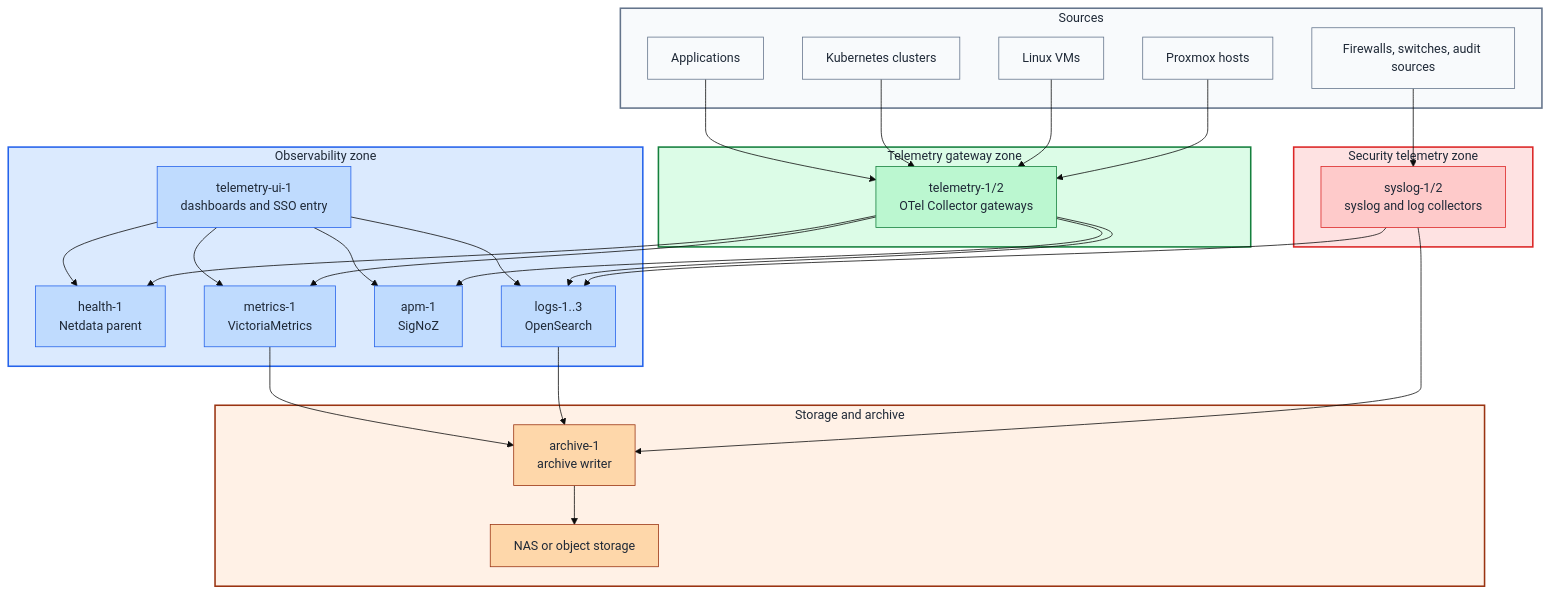
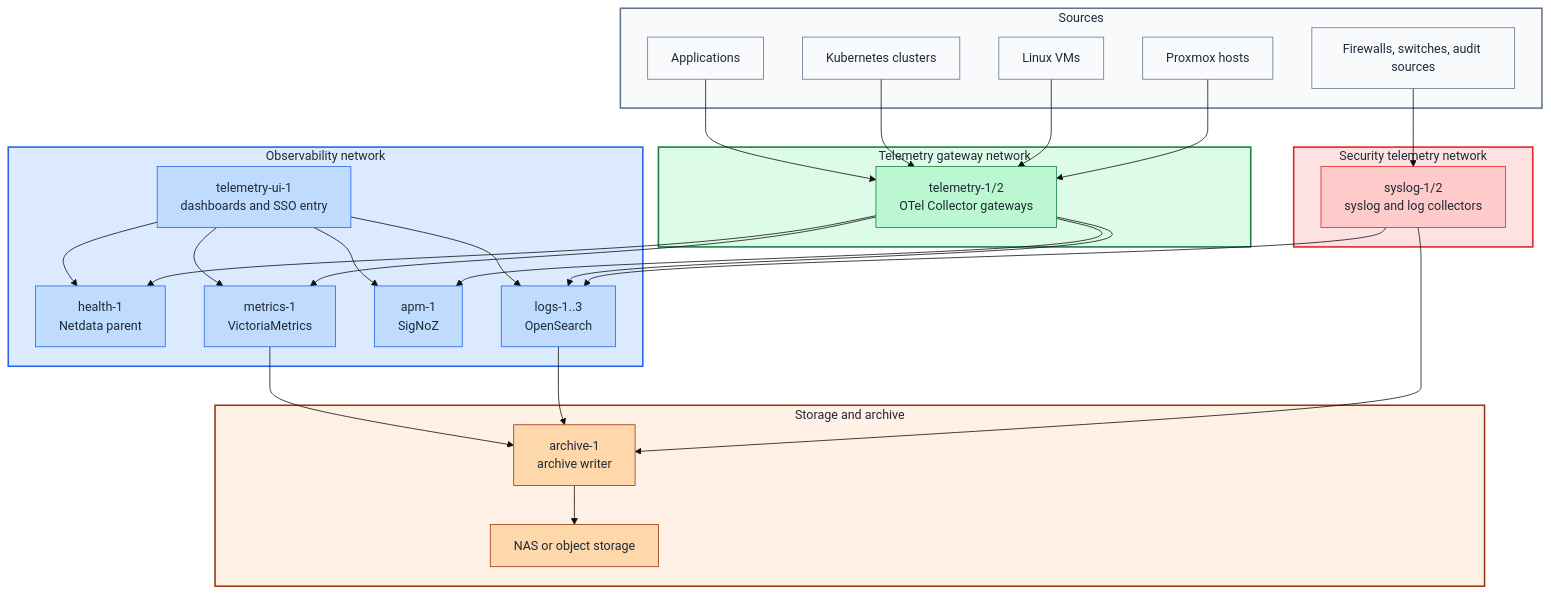
Before and after one commit to Rexus/homelab: the diagram in docs/paths/system-control/observability.md, drawn with Mermaid (base theme). The commit also changed other lines of this file and 188 other files, not shown here.

````diff
--- a/docs/paths/system-control/observability.md
+++ b/docs/paths/system-control/observability.md
@@ -54,68 +58,68 @@
 ```mermaid
 flowchart TB
   subgraph Sources["Sources"]
     Proxmox[Proxmox hosts]
     Linux[Linux VMs]
     K8s[Kubernetes clusters]
     Security[Firewalls, switches, audit sources]
     Apps[Applications]
   end
 
-  subgraph Gateway["Telemetry gateway zone"]
+  subgraph Gateway["Telemetry gateway network"]
     OTel[telemetry-1/2<br/>OTel Collector gateways]
   end
 
-  subgraph SecGateway["Security telemetry zone"]
+  subgraph SecGateway["Security telemetry network"]
     Syslog[syslog-1/2<br/>syslog and log collectors]
   end
 
-  subgraph Obs["Observability zone"]
+  subgraph Obs["Observability network"]
     Health[health-1<br/>Netdata parent]
     Metrics[metrics-1<br/>VictoriaMetrics]
     APM[apm-1<br/>SigNoZ]
     Logs[logs-1..3<br/>OpenSearch]
     UI[telemetry-ui-1<br/>dashboards and SSO entry]
   end
 
   subgraph Storage["Storage and archive"]
     Archive[archive-1<br/>archive writer]
     NAS[NAS or object storage]
   end
 
   Proxmox --> OTel
   Linux --> OTel
   K8s --> OTel
   Apps --> OTel
   Security --> Syslog
   Syslog --> Logs
   Syslog --> Archive
   OTel --> Health
   OTel --> Metrics
   OTel --> APM
   OTel --> Logs
   Logs --> Archive
   Metrics --> Archive
   Archive --> NAS
   UI --> Health
   UI --> Metrics
   UI --> APM
   UI --> Logs
 
   style Sources fill:#f8fafc,stroke:#64748b,stroke-width:2px,color:#1f2937
   style Gateway fill:#dcfce7,stroke:#15803d,stroke-width:2px,color:#1f2937
   style SecGateway fill:#fee2e2,stroke:#dc2626,stroke-width:2px,color:#1f2937
   style Obs fill:#dbeafe,stroke:#2563eb,stroke-width:2px,color:#1f2937
   style Storage fill:#fff1e6,stroke:#9a3412,stroke-width:2px,color:#1f2937
 
   classDef sourceNode fill:#f8fafc,stroke:#64748b,color:#1f2937
   classDef gatewayNode fill:#bbf7d0,stroke:#15803d,color:#1f2937
   classDef securityNode fill:#fecaca,stroke:#dc2626,color:#1f2937
   classDef serviceNode fill:#bfdbfe,stroke:#2563eb,color:#1f2937
   classDef storageNode fill:#fed7aa,stroke:#9a3412,color:#1f2937
 
   class Proxmox,Linux,K8s,Security,Apps sourceNode
   class OTel gatewayNode
   class Syslog securityNode
   class Health,Metrics,APM,Logs,UI serviceNode
   class Archive,NAS storageNode
 ```
````
